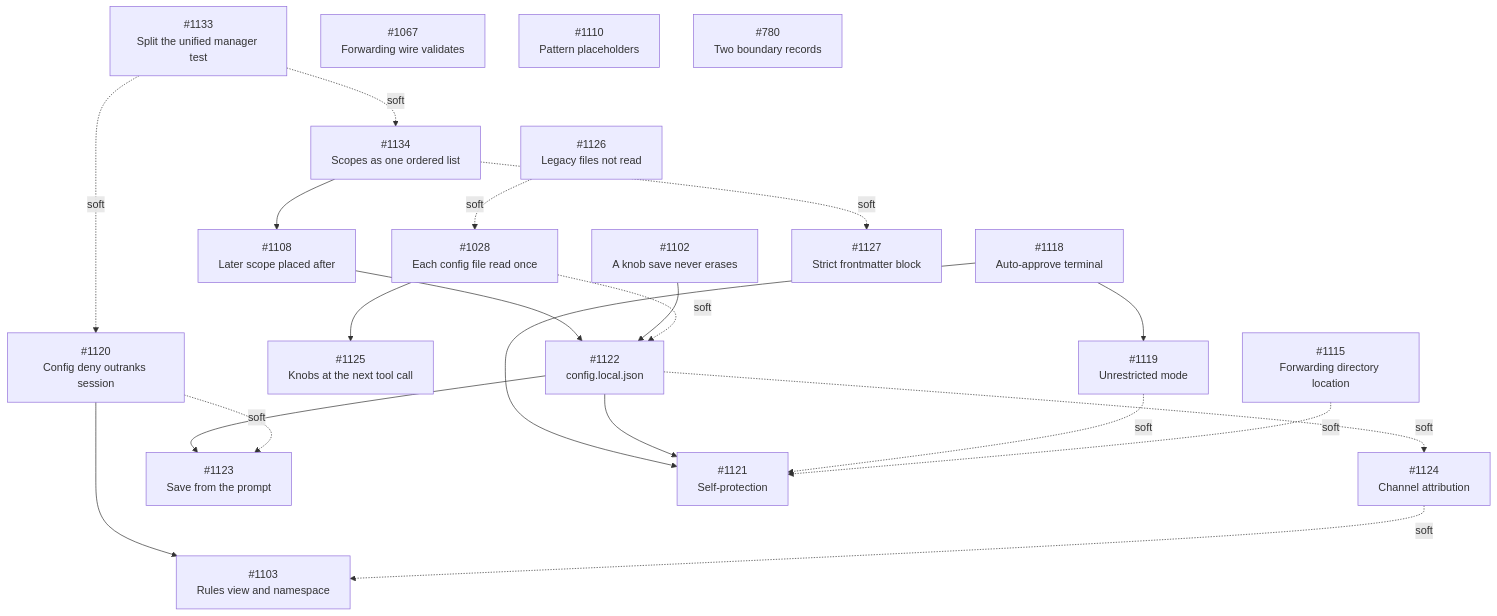
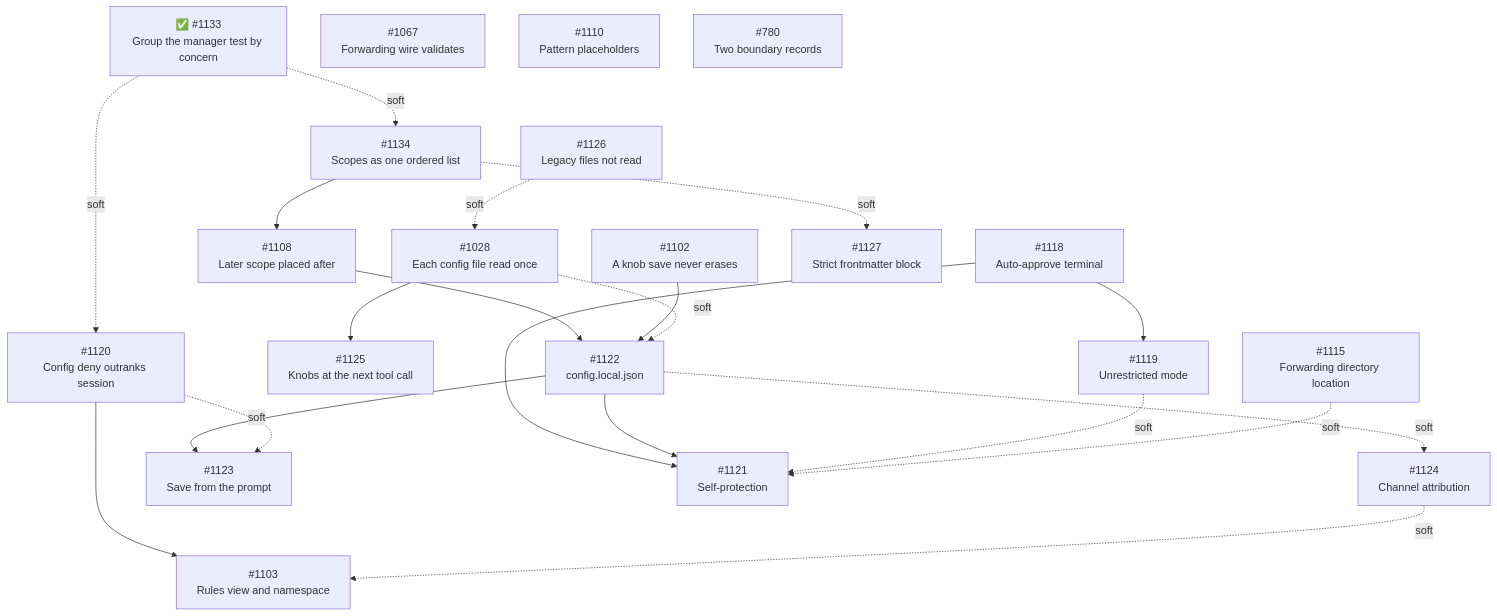
The fourth of 4 diagrams in packages/pi-permission-system/docs/architecture/architecture.md (gotgenes/pi-packages), drawn with Mermaid before and after one commit. The commit also changed other lines of this file and 1 other file, not shown here.

First line of the commit message:
docs(pi-permission-system): record the manager test layout (#1133)

````diff
--- a/packages/pi-permission-system/docs/architecture/architecture.md
+++ b/packages/pi-permission-system/docs/architecture/architecture.md
@@ -1584,44 +1585,44 @@
 ```mermaid
 flowchart TD
-    S1133["#1133<br/>Split the unified manager test"]
+    S1133["✅ #1133<br/>Group the manager test by concern"]
     S1102["#1102<br/>A knob save never erases"]
     S1134["#1134<br/>Scopes as one ordered list"]
     S1108["#1108<br/>Later scope placed after"]
     S1067["#1067<br/>Forwarding wire validates"]
     S1115["#1115<br/>Forwarding directory location"]
     S1118["#1118<br/>Auto-approve terminal"]
     S1126["#1126<br/>Legacy files not read"]
     S1028["#1028<br/>Each config file read once"]
     S1125["#1125<br/>Knobs at the next tool call"]
     S1122["#1122<br/>config.local.json"]
     S1124["#1124<br/>Channel attribution"]
     S1120["#1120<br/>Config deny outranks session"]
     S1123["#1123<br/>Save from the prompt"]
     S1127["#1127<br/>Strict frontmatter block"]
     S1119["#1119<br/>Unrestricted mode"]
     S1121["#1121<br/>Self-protection"]
     S1103["#1103<br/>Rules view and namespace"]
     S1110["#1110<br/>Pattern placeholders"]
     S780["#780<br/>Two boundary records"]
 
     S1134 --> S1108
     S1108 --> S1122
     S1102 --> S1122
     S1028 --> S1125
     S1122 --> S1123
     S1118 --> S1119
     S1118 --> S1121
     S1122 --> S1121
     S1120 --> S1103
 
     S1133 -.soft.-> S1134
     S1133 -.soft.-> S1120
     S1126 -.soft.-> S1028
     S1028 -.soft.-> S1122
     S1122 -.soft.-> S1124
     S1120 -.soft.-> S1123
     S1134 -.soft.-> S1127
     S1119 -.soft.-> S1121
     S1115 -.soft.-> S1121
     S1124 -.soft.-> S1103
 ```
````
